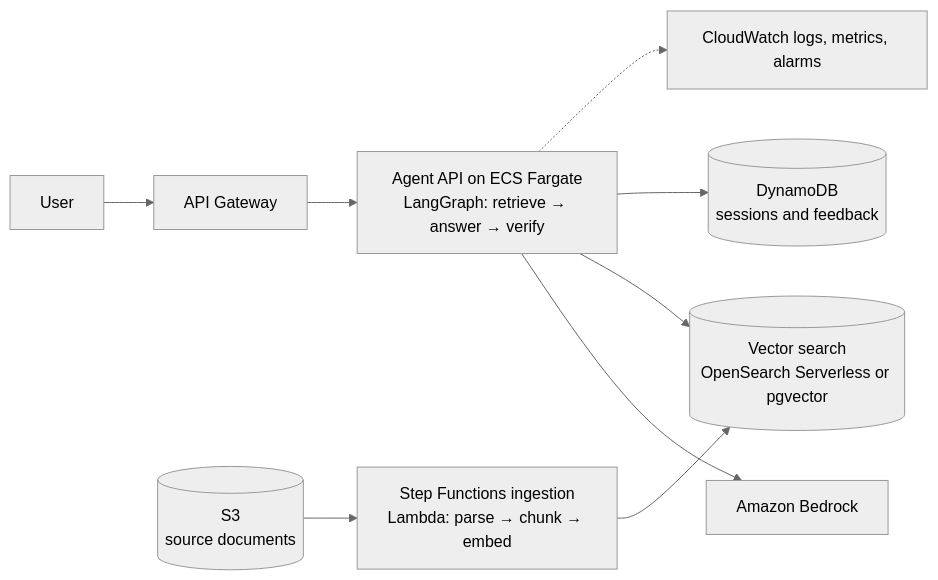
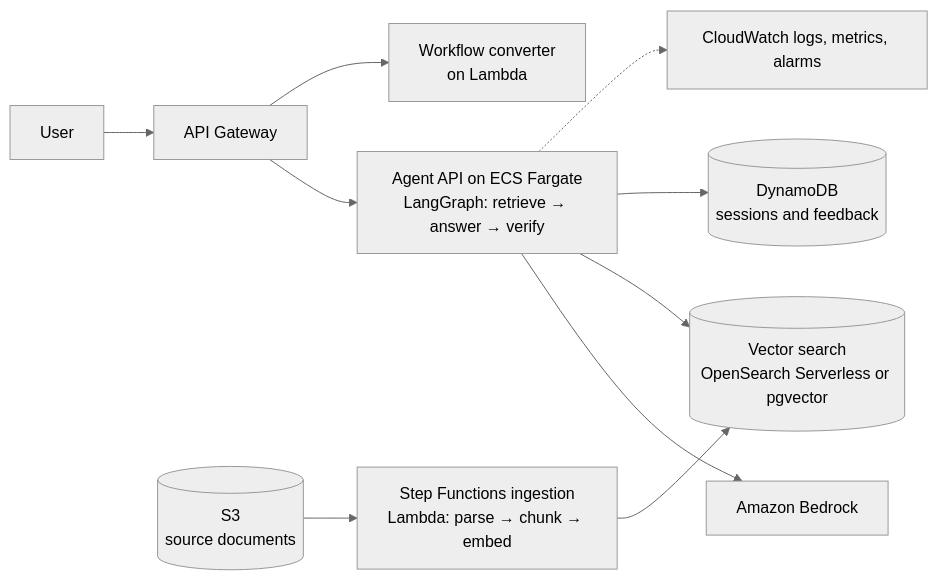
The second of 2 diagrams in README.md (grprakasam/agentic-ai-learning-lab), drawn with Mermaid (neutral theme) before and after one commit. The commit also changed other lines of this file and 4 other files, not shown here.

````diff
--- a/README.md
+++ b/README.md
@@ -19,11 +58,12 @@
 ```mermaid
 flowchart LR
     U[User] --> GW[API Gateway]
     GW --> AG[Agent API on ECS Fargate<br/>LangGraph: retrieve → answer → verify]
+    GW --> CV[Workflow converter<br/>on Lambda]
     AG --> BR[Amazon Bedrock]
     AG --> VS[(Vector search<br/>OpenSearch Serverless or pgvector)]
     AG --> DB[(DynamoDB<br/>sessions and feedback)]
     S3[(S3<br/>source documents)] --> SF[Step Functions ingestion<br/>Lambda: parse → chunk → embed]
     SF --> VS
     AG -.-> CW[CloudWatch logs, metrics, alarms]
 ```
````
